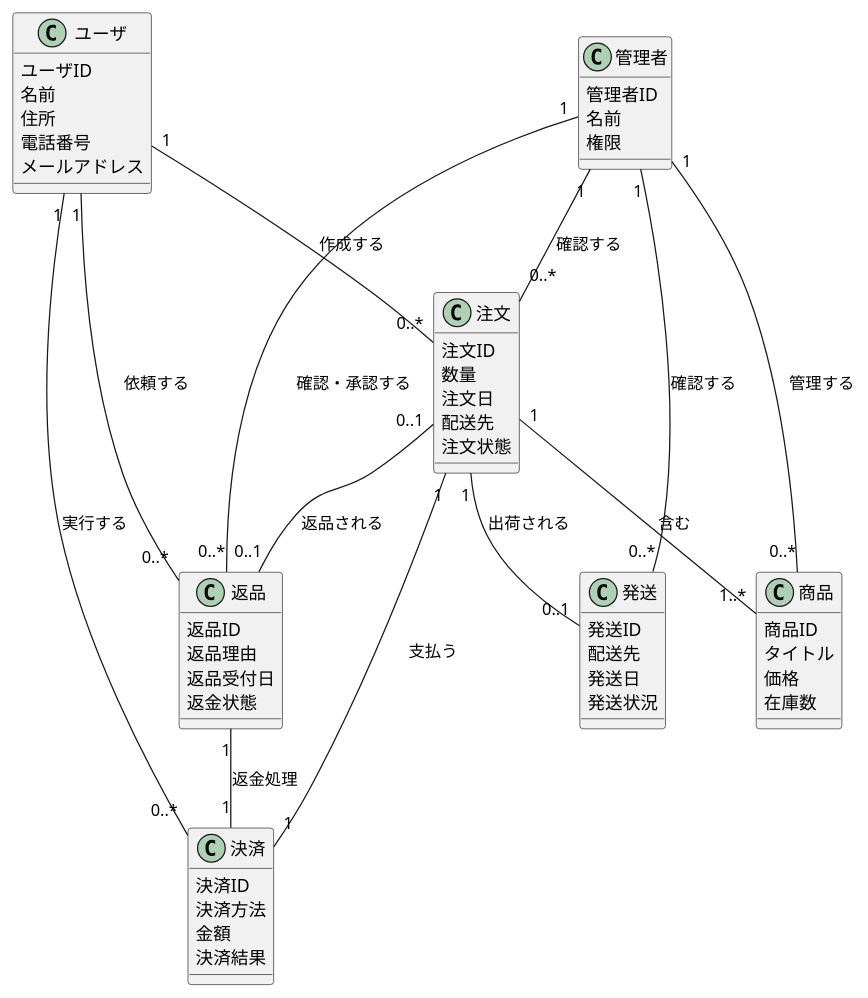
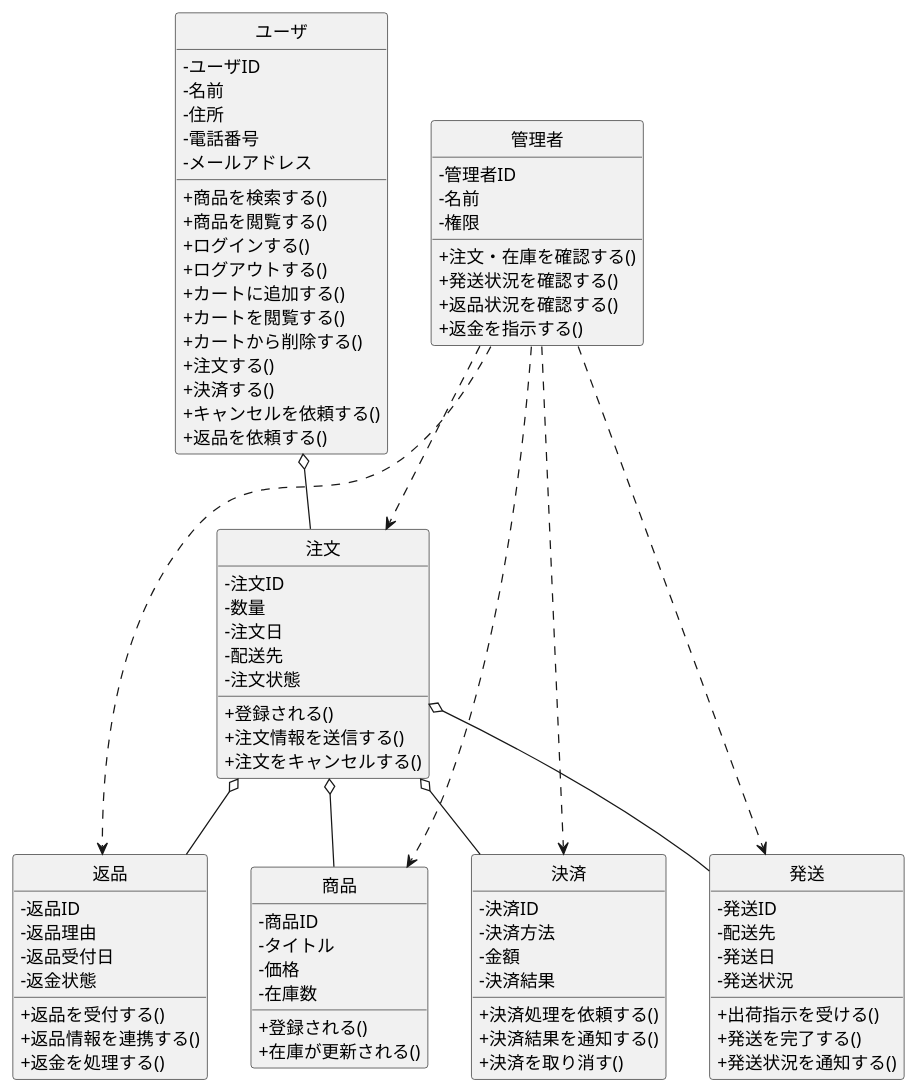
Before and after one commit to ghbuser12/ohara_uml: the diagram in BBshop/class.pu, drawn with PlantUML. The commit also changed 1 other file, not shown here.

```diff
--- a/BBshop/class.pu
+++ b/BBshop/class.pu
@@ -1,71 +1,103 @@
-@startuml
+@startuml ECサイトクラス図
 skinparam classAttributeIconSize 0
+hide circle
 
 class ユーザ {
-  ユーザID
-  名前
-  住所
-  電話番号
-  メールアドレス
+ -ユーザID
+ -名前
+ -住所
+ -電話番号
+ -メールアドレス
+
+ +商品を検索する()
+ +商品を閲覧する()
+ +ログインする()
+ +ログアウトする()
+ +カートに追加する()
+ +カートを閲覧する()
+ +カートから削除する()
+ +注文する()
+ +決済する()
+ +キャンセルを依頼する()
+ +返品を依頼する()
 }
 
 class 商品 {
-  商品ID
-  タイトル
-  価格
-  在庫数
+ -商品ID
+ -タイトル
+ -価格
+ -在庫数
+
+ +登録される()
+ +在庫が更新される()
 }
 
 class 注文 {
-  注文ID
-  数量
-  注文日
-  配送先
-  注文状態
+ -注文ID
+ -数量
+ -注文日
+ -配送先
+ -注文状態
+
+ +登録される()
+ +注文情報を送信する()
+ +注文をキャンセルする()
 }
 
 class 決済 {
-  決済ID
-  決済方法
-  金額
-  決済結果
+ -決済ID
+ -決済方法
+ -金額
+ -決済結果
+
+ +決済処理を依頼する()
+ +決済結果を通知する()
+ +決済を取り消す()
 }
 
 class 発送 {
-  発送ID
-  配送先
-  発送日
-  発送状況
+ -発送ID
+ -配送先
+ -発送日
+ -発送状況
+
+ +出荷指示を受ける()
+ +発送を完了する()
+ +発送状況を通知する()
 }
 
 class 返品 {
-  返品ID
-  返品理由
-  返品受付日
-  返金状態
+ -返品ID
+ -返品理由
+ -返品受付日
+ -返金状態
+
+ +返品を受付する()
+ +返品情報を連携する()
+ +返金を処理する()
 }
 
 class 管理者 {
-  管理者ID
-  名前
-  権限
+ -管理者ID
+ -名前
+ -権限
+
+ +注文・在庫を確認する()
+ +発送状況を確認する()
+ +返品状況を確認する()
+ +返金を指示する()
 }
 
 ' 関連
-ユーザ "1" -- "0..*" 注文 : 作成する
-ユーザ "1" -- "0..*" 返品 : 依頼する
-ユーザ "1" -- "0..*" 決済 : 実行する
-
-注文 "1" -- "1..*" 商品 : 含む
-注文 "1" -- "1" 決済 : 支払う
-注文 "1" -- "0..1" 発送 : 出荷される
-注文 "0..1" -- "0..1" 返品 : 返品される
-
-返品 "1" -- "1" 決済 : 返金処理
-
-管理者 "1" -- "0..*" 商品 : 管理する
-管理者 "1" -- "0..*" 注文 : 確認する
-管理者 "1" -- "0..*" 発送 : 確認する
-管理者 "1" -- "0..*" 返品 : 確認・承認する
+ユーザ o-- 注文
+注文 o-- 商品
+注文 o-- 決済
+注文 o-- 発送
+注文 o-- 返品
+管理者 ..> 商品
+管理者 ..> 注文
+管理者 ..> 発送
+管理者 ..> 返品
+管理者 ..> 決済
 
 @enduml
```
